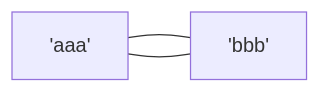
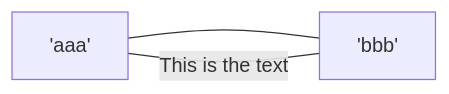
The diagram in all/未命名-2.md (sdgixfg/iodraw-files), drawn with Mermaid before and after one commit.

Commit message:
2025-05-24 13:42:54 update

````diff
--- a/all/未命名-2.md
+++ b/all/未命名-2.md
@@ -1,5 +1,5 @@
 ```mermaid
 flowchart LR
     A['aaa'] --- B['bbb']
-    B --- A
+    B ---|This is the text| A
 ```
````
